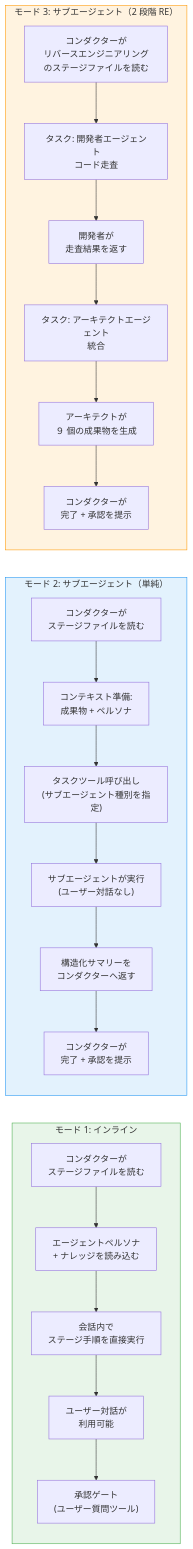
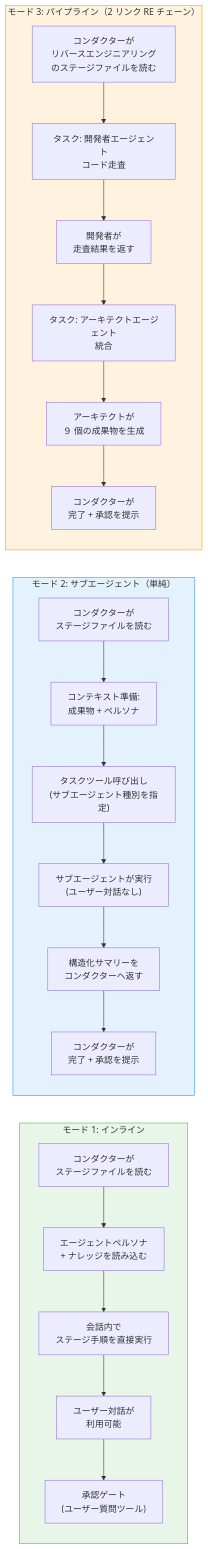
The second of 4 diagrams in docs/reference/01-architecture.mdx (otomatty/aidlc-workflows-docs), drawn with Mermaid before and after one commit. The commit also changed other lines of this file and 71 other files, not shown here.

````diff
--- a/docs/reference/01-architecture.mdx
+++ b/docs/reference/01-architecture.mdx
@@ -183,38 +183,38 @@
 ```mermaid
 flowchart LR
     subgraph INLINE["モード 1: インライン"]
         direction TB
         IN1["コンダクターが\nステージファイルを読む"]
         IN2["エージェントペルソナ\n+ ナレッジを読み込む"]
         IN3["会話内で\nステージ手順を直接実行"]
         IN4["ユーザー対話が\n利用可能"]
         IN5["承認ゲート\n(ユーザー質問ツール)"]
         IN1 --> IN2 --> IN3 --> IN4 --> IN5
     end
 
     subgraph SUBAGENT["モード 2: サブエージェント（単純）"]
         direction TB
         SA1["コンダクターが\nステージファイルを読む"]
         SA2["コンテキスト準備:\n成果物 + ペルソナ"]
         SA3["タスクツール呼び出し\n(サブエージェント種別を指定)"]
         SA4["サブエージェントが実行\n(ユーザー対話なし)"]
         SA5["構造化サマリーを\nコンダクターへ返す"]
         SA6["コンダクターが\n完了 + 承認を提示"]
         SA1 --> SA2 --> SA3 --> SA4 --> SA5 --> SA6
     end
 
-    subgraph TWOSTEP["モード 3: サブエージェント（2 段階 RE）"]
+    subgraph TWOSTEP["モード 3: パイプライン（2 リンク RE チェーン）"]
         direction TB
         TS1["コンダクターが\nリバースエンジニアリングのステージファイルを読む"]
         TS2["タスク: 開発者エージェント\nコード走査"]
         TS3["開発者が\n走査結果を返す"]
         TS4["タスク: アーキテクトエージェント\n統合"]
         TS5["アーキテクトが\n９ 個の成果物を生成"]
         TS6["コンダクターが\n完了 + 承認を提示"]
         TS1 --> TS2 --> TS3 --> TS4 --> TS5 --> TS6
     end
 
     style INLINE fill:#e8f5e9,stroke:#4caf50
     style SUBAGENT fill:#e3f2fd,stroke:#2196f3
     style TWOSTEP fill:#fff3e0,stroke:#ff9800
 ```
````
